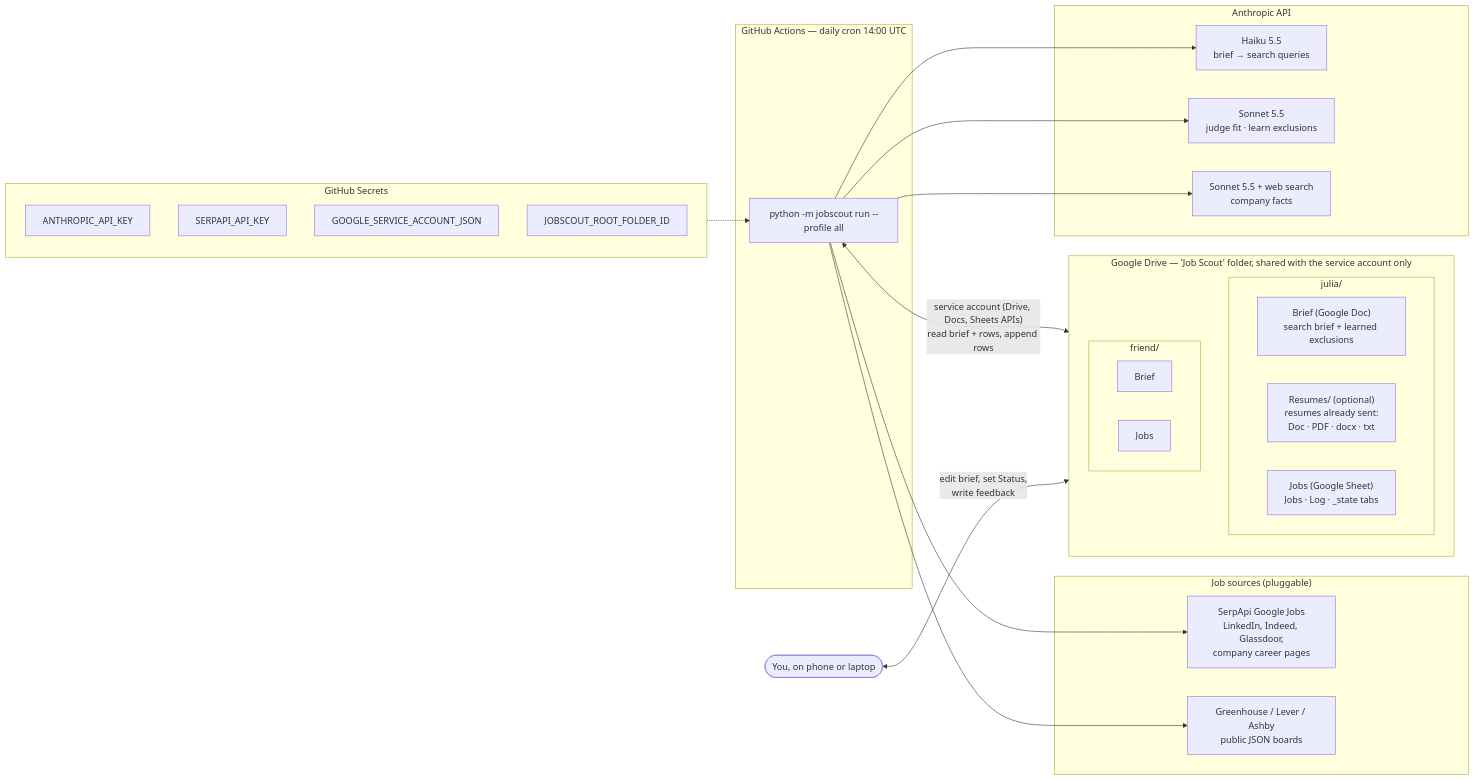
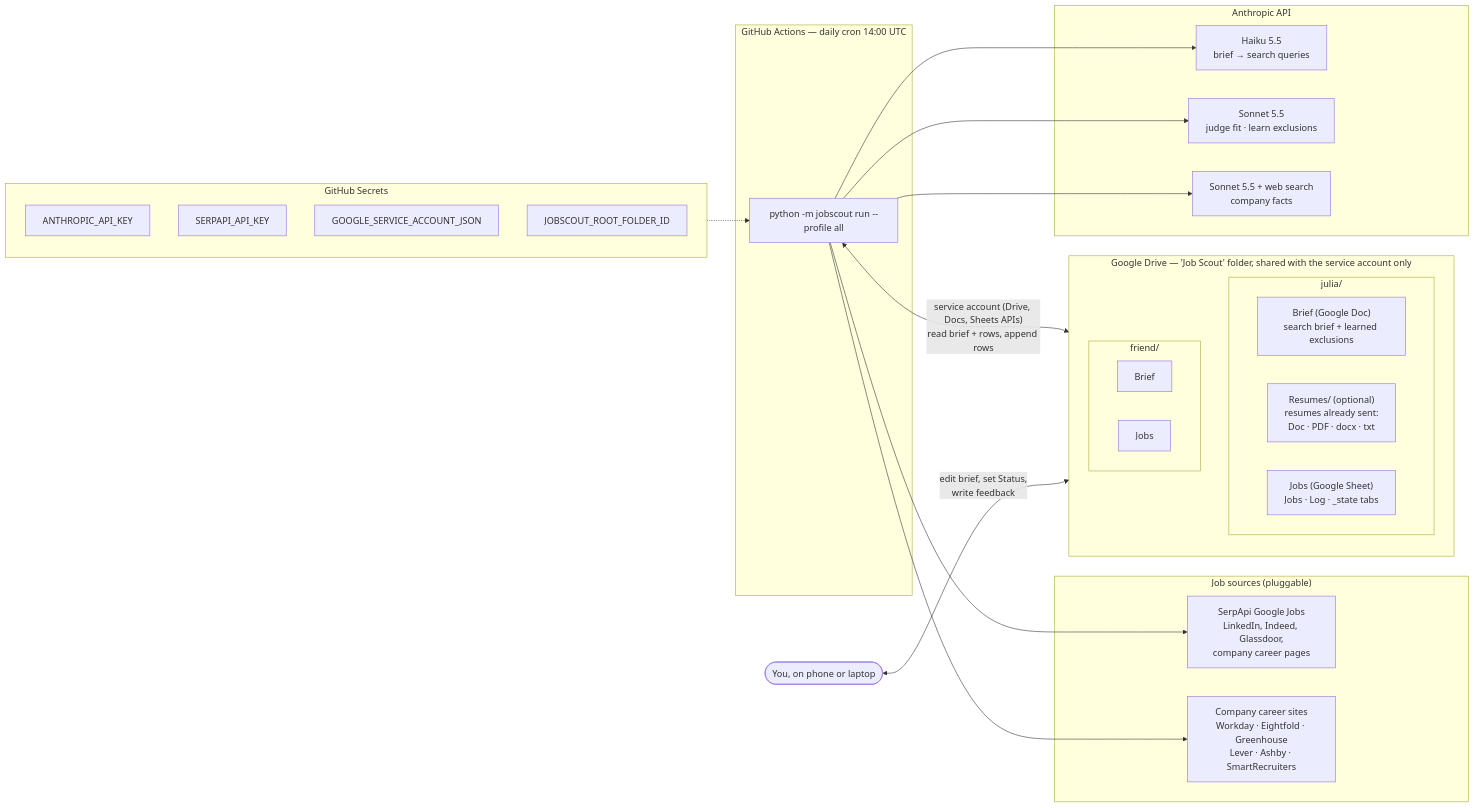
Before and after one commit to juliavasan/job-scout: the first of 5 diagrams in docs/ARCHITECTURE.md, drawn with Mermaid. The commit also changed other lines of this file and 12 other files, not shown here.

First line of the commit message:
Find jobs on companies' own career sites; exact links and opening dates

````diff
--- a/docs/ARCHITECTURE.md
+++ b/docs/ARCHITECTURE.md
@@ -9,47 +9,47 @@
 ```mermaid
 flowchart LR
     subgraph GH["GitHub Actions — daily cron 14:00 UTC"]
         CLI["python -m jobscout run --profile all"]
     end
 
     subgraph SECRETS["GitHub Secrets"]
         direction TB
         S1["ANTHROPIC_API_KEY"]
         S2["SERPAPI_API_KEY"]
         S3["GOOGLE_SERVICE_ACCOUNT_JSON"]
         S4["JOBSCOUT_ROOT_FOLDER_ID"]
     end
 
     subgraph DRIVE["Google Drive — 'Job Scout' folder, shared with the service account only"]
         direction TB
         subgraph P1["julia/"]
             B1["Brief (Google Doc)<br/>search brief + learned exclusions"]
             R1["Resumes/ (optional)<br/>resumes already sent:<br/>Doc · PDF · docx · txt"]
             J1["Jobs (Google Sheet)<br/>Jobs · Log · _state tabs"]
         end
         subgraph P2["friend/"]
             B2["Brief"]
             J2["Jobs"]
         end
     end
 
     subgraph SOURCES["Job sources (pluggable)"]
         SERP["SerpApi Google Jobs<br/>LinkedIn, Indeed, Glassdoor,<br/>company career pages"]
-        ATS["Greenhouse / Lever / Ashby<br/>public JSON boards"]
+        ATS["Company career sites<br/>Workday · Eightfold · Greenhouse<br/>Lever · Ashby · SmartRecruiters"]
     end
 
     subgraph CLAUDE["Anthropic API"]
         HAIKU["Haiku 5.5<br/>brief → search queries"]
         SONNET["Sonnet 5.5<br/>judge fit · learn exclusions"]
         WEB["Sonnet 5.5 + web search<br/>company facts"]
     end
 
     SECRETS -.-> CLI
     CLI <-->|"service account (Drive, Docs, Sheets APIs)<br/>read brief + rows, append rows"| DRIVE
     CLI --> HAIKU
     CLI --> SERP
     CLI --> ATS
     CLI --> SONNET
     CLI --> WEB
     USER(["You, on phone or laptop"]) <-->|"edit brief, set Status,<br/>write feedback"| DRIVE
 ```
````
